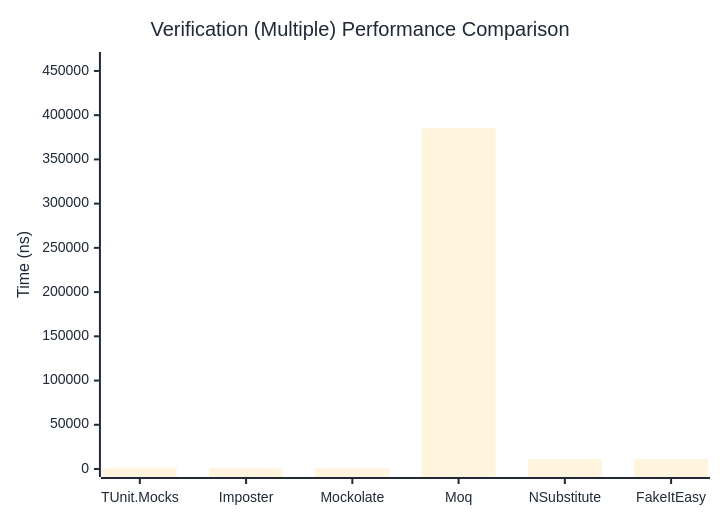
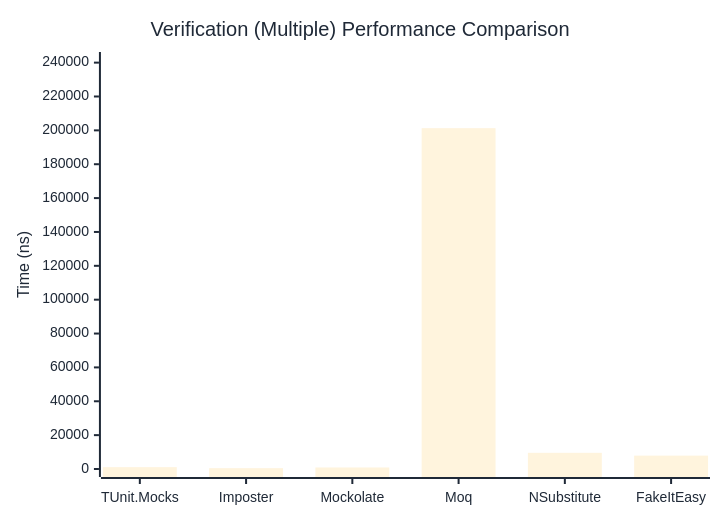
One commit to thomhurst/TUnit changed the third of 3 diagrams in docs/docs/benchmarks/mocks/Verification.md. Above: the diagram before and after it, drawn with Mermaid. The commit also changed other lines of this file and 14 other files, not shown here.

````diff
--- a/docs/docs/benchmarks/mocks/Verification.md
+++ b/docs/docs/benchmarks/mocks/Verification.md
@@ -112,27 +112,27 @@
 ```mermaid
 %%{init: {
   'theme':'base',
   'themeVariables': {
     'primaryColor': '#2563eb',
     'primaryTextColor': '#1f2937',
     'primaryBorderColor': '#1e40af',
     'lineColor': '#6b7280',
     'secondaryColor': '#7c3aed',
     'tertiaryColor': '#dc2626',
     'background': '#ffffff',
     'pie1': '#2563eb',
     'pie2': '#7c3aed',
     'pie3': '#dc2626',
     'pie4': '#f59e0b',
     'pie5': '#10b981',
     'pie6': '#06b6d4',
     'pie7': '#ec4899',
     'pie8': '#6366f1'
   }
 }}%%
 xychart-beta
   title "Verification (Multiple) Performance Comparison"
   x-axis ["TUnit.Mocks", "Imposter", "Mockolate", "Moq", "NSubstitute", "FakeItEasy"]
-  y-axis "Time (ns)" 0 --> 462374
-  bar [1304.14, 583.07, 1016.51, 385311.39, 11247.96, 11300.03]
+  y-axis "Time (ns)" 0 --> 241553
+  bar [1093.63, 490.46, 899.58, 201293.94, 9559.91, 7907.24]
 ```
````
